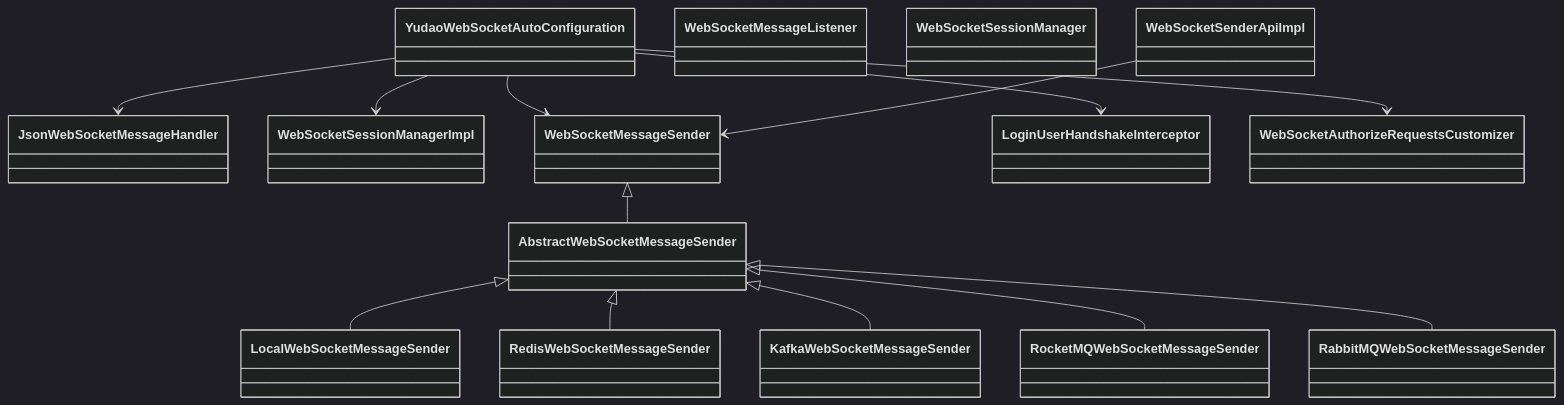
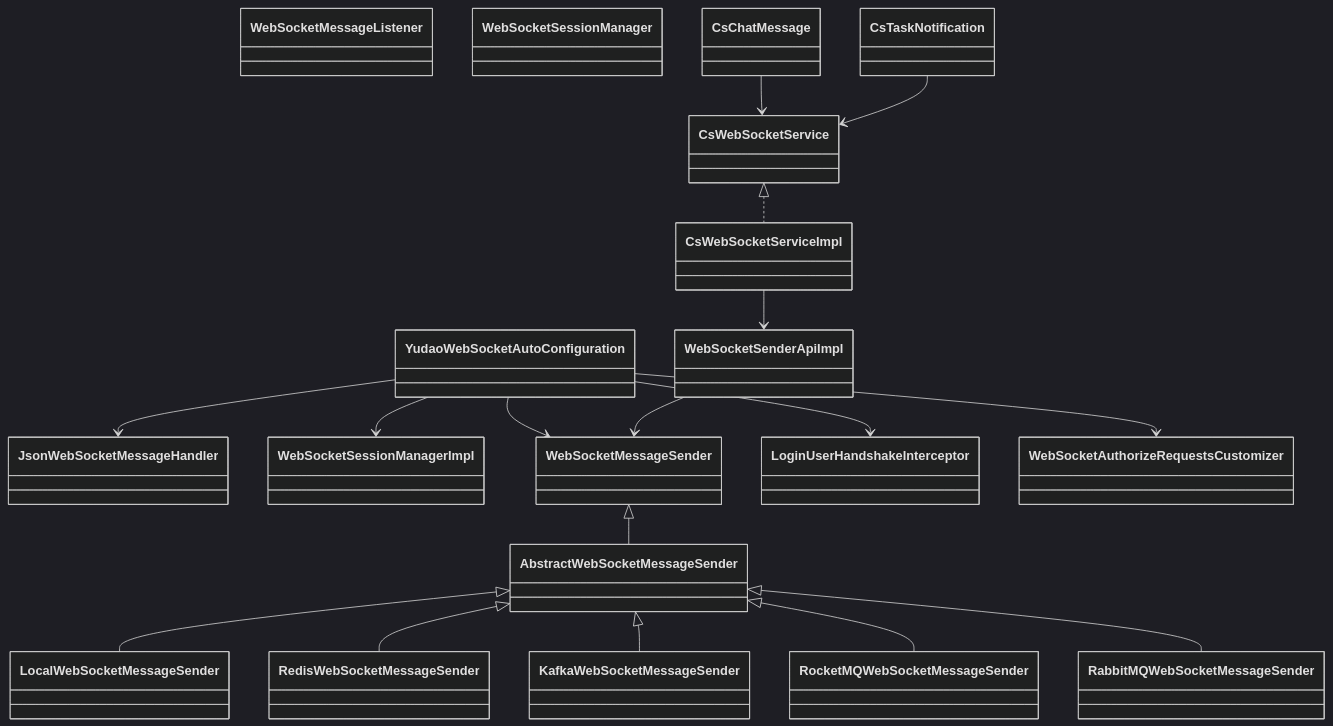
Before and after one commit to xiaoche80s-tech/rouyi-vue-pro: the eighth of 8 diagrams in .qoder/repowiki/zh/content/核心模块/即时通讯模块/WebSocket实时通信服务.md, drawn with Mermaid (dark theme). The commit also changed other lines of this file and 598 other files, not shown here.

````diff
--- a/.qoder/repowiki/zh/content/核心模块/即时通讯模块/WebSocket实时通信服务.md
+++ b/.qoder/repowiki/zh/content/核心模块/即时通讯模块/WebSocket实时通信服务.md
@@ -237,30 +400,38 @@
 ```mermaid
 classDiagram
 class YudaoWebSocketAutoConfiguration
 class JsonWebSocketMessageHandler
 class WebSocketMessageListener
 class WebSocketSessionManager
 class WebSocketSessionManagerImpl
 class WebSocketMessageSender
 class AbstractWebSocketMessageSender
 class LocalWebSocketMessageSender
 class RedisWebSocketMessageSender
 class KafkaWebSocketMessageSender
 class RocketMQWebSocketMessageSender
 class RabbitMQWebSocketMessageSender
 class LoginUserHandshakeInterceptor
 class WebSocketAuthorizeRequestsCustomizer
 class WebSocketSenderApiImpl
+class CsWebSocketService
+class CsWebSocketServiceImpl
+class CsChatMessage
+class CsTaskNotification
 YudaoWebSocketAutoConfiguration --> JsonWebSocketMessageHandler
 YudaoWebSocketAutoConfiguration --> WebSocketSessionManagerImpl
 YudaoWebSocketAutoConfiguration --> WebSocketMessageSender
 YudaoWebSocketAutoConfiguration --> LoginUserHandshakeInterceptor
 YudaoWebSocketAutoConfiguration --> WebSocketAuthorizeRequestsCustomizer
 WebSocketMessageSender <|-- AbstractWebSocketMessageSender
 AbstractWebSocketMessageSender <|-- LocalWebSocketMessageSender
 AbstractWebSocketMessageSender <|-- RedisWebSocketMessageSender
 AbstractWebSocketMessageSender <|-- KafkaWebSocketMessageSender
 AbstractWebSocketMessageSender <|-- RocketMQWebSocketMessageSender
 AbstractWebSocketMessageSender <|-- RabbitMQWebSocketMessageSender
 WebSocketSenderApiImpl --> WebSocketMessageSender
+CsWebSocketService <|.. CsWebSocketServiceImpl
+CsWebSocketServiceImpl --> WebSocketSenderApiImpl
+CsChatMessage --> CsWebSocketService
+CsTaskNotification --> CsWebSocketService
 ```
````
